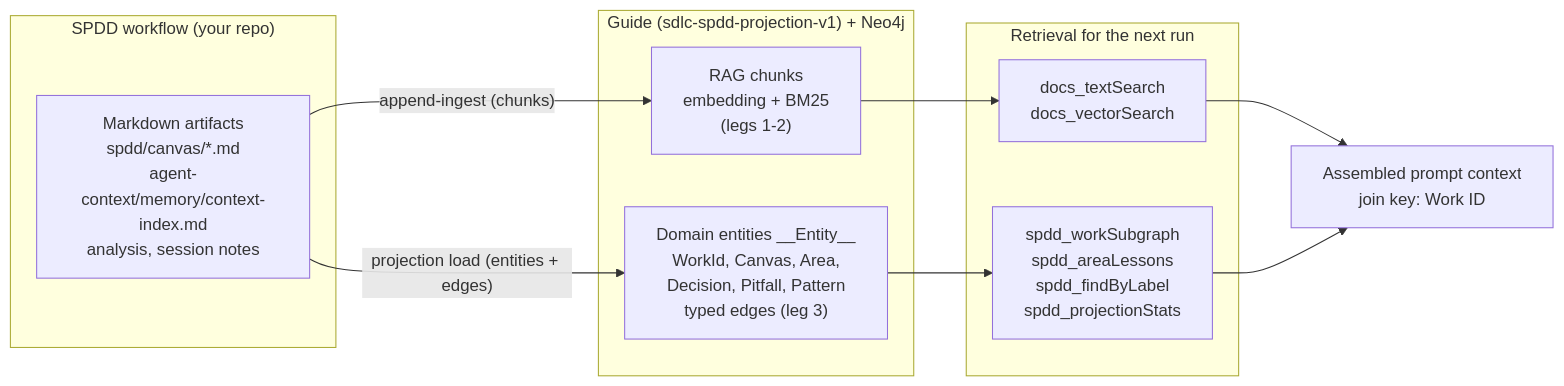
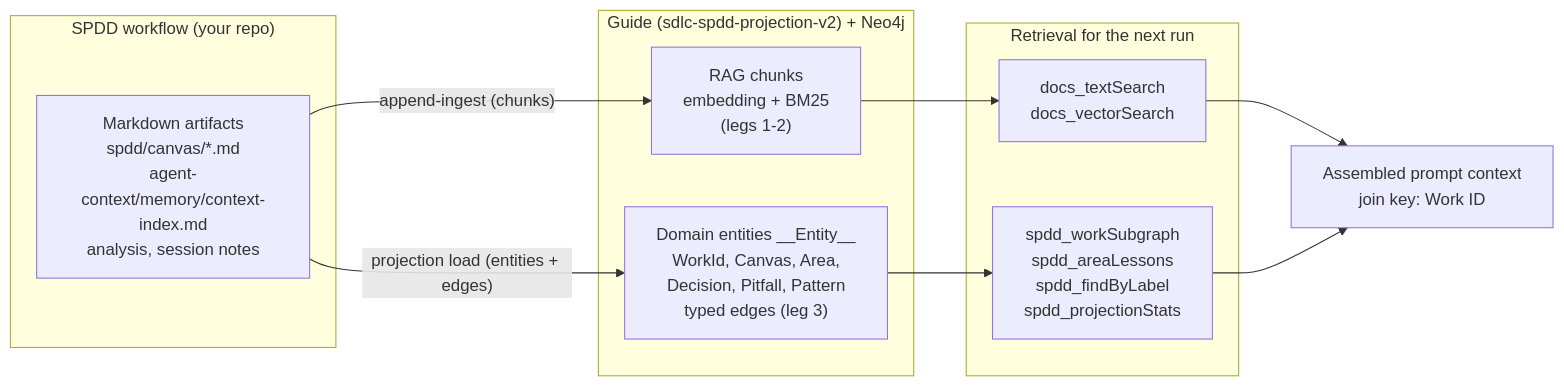
Before and after one commit to jmjava/sdlc-spdd-orchestrator: the first of 3 diagrams in docs/guide-flow.md, drawn with Mermaid. The commit also changed other lines of this file and 24 other files, not shown here.

First line of the commit message:
docs+pin: Guide dual-read complete; bump pin to sdlc-spdd-projection-v2

````diff
--- a/docs/guide-flow.md
+++ b/docs/guide-flow.md
@@ -20,23 +20,23 @@
 ```mermaid
 flowchart LR
     subgraph SPDD["SPDD workflow (your repo)"]
         MD["Markdown artifacts<br/>spdd/canvas/*.md<br/>agent-context/memory/context-index.md<br/>analysis, session notes"]
     end
 
-    subgraph Guide["Guide (sdlc-spdd-projection-v1) + Neo4j"]
+    subgraph Guide["Guide (sdlc-spdd-projection-v2) + Neo4j"]
         CH["RAG chunks<br/>embedding + BM25<br/>(legs 1-2)"]
         EN["Domain entities __Entity__<br/>WorkId, Canvas, Area,<br/>Decision, Pitfall, Pattern<br/>typed edges (leg 3)"]
     end
 
     subgraph Retrieve["Retrieval for the next run"]
         T1["docs_textSearch<br/>docs_vectorSearch"]
         T2["spdd_workSubgraph<br/>spdd_areaLessons<br/>spdd_findByLabel<br/>spdd_projectionStats"]
     end
 
     MD -->|"append-ingest (chunks)"| CH
     MD -->|"projection load (entities + edges)"| EN
     CH --> T1
     EN --> T2
     T1 --> CTX["Assembled prompt context<br/>join key: Work ID"]
     T2 --> CTX
 ```
````
